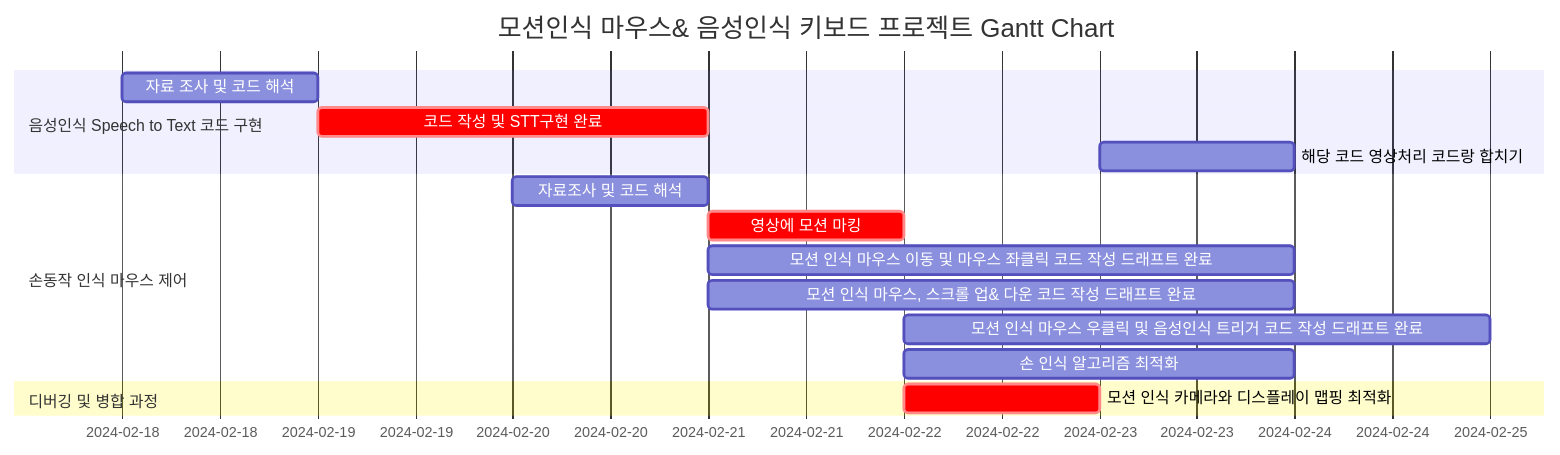
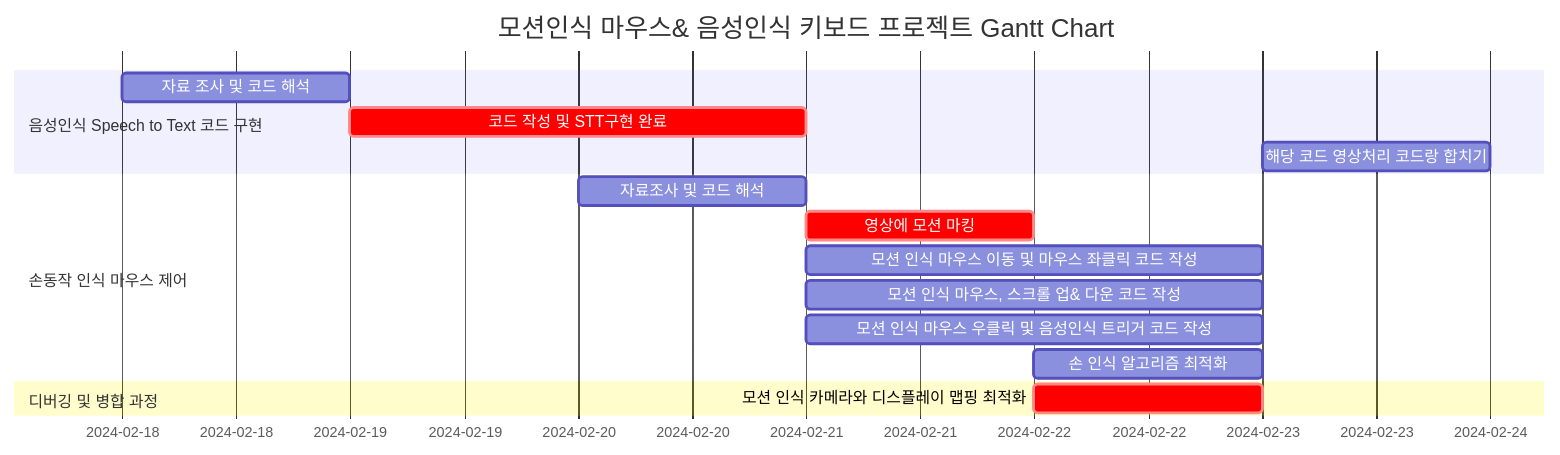
One commit to CodeMystero/motionKeyboardMouse changed the diagram in README.md. Above: the diagram before and after it, drawn with Mermaid.

````diff
--- a/README.md
+++ b/README.md
@@ -58,21 +58,21 @@
 ```mermaid
 gantt
     dateFormat  MM-DD-YYYY
     title       모션인식 마우스& 음성인식 키보드 프로젝트 Gantt Chart
 	
 	section 음성인식 Speech to Text 코드 구현
 		자료 조사 및 코드 해석 :2024-02-18, 1d
                 코드 작성 및 STT구현 완료  :crit, 2024-02-19, 2d
 		해당 코드 영상처리 코드랑 합치기 :2024-02-23, 1d
 	
 	section 손동작 인식 마우스 제어
 		자료조사 및 코드 해석	: 2024-02-20, 1d
 		영상에 모션 마킹  :crit, 2024-02-21, 1d
-		모션 인식 마우스 이동 및 마우스 좌클릭 코드 작성 드래프트 완료 : 2024-02-21, 3d
-		모션 인식 마우스, 스크롤 업& 다운 코드 작성 드래프트 완료 : 2024-02-21, 3d
-		모션 인식 마우스 우클릭 및 음성인식 트리거 코드 작성 드래프트 완료 : 2024-02-22, 3d
-		손 인식 알고리즘 최적화 : 2024-02-22, 2d
+		모션 인식 마우스 이동 및 마우스 좌클릭 코드 작성 : 2024-02-21, 2d
+		모션 인식 마우스, 스크롤 업& 다운 코드 작성 : 2024-02-21, 2d
+		모션 인식 마우스 우클릭 및 음성인식 트리거 코드 작성  : 2024-02-21, 2d
+		손 인식 알고리즘 최적화 : 2024-02-22, 1d
 
 	section 디버깅 및 병합 과정
 		모션 인식 카메라와 디스플레이 맵핑 최적화 : crit, 2024-02-22, 1d
 ```
````
